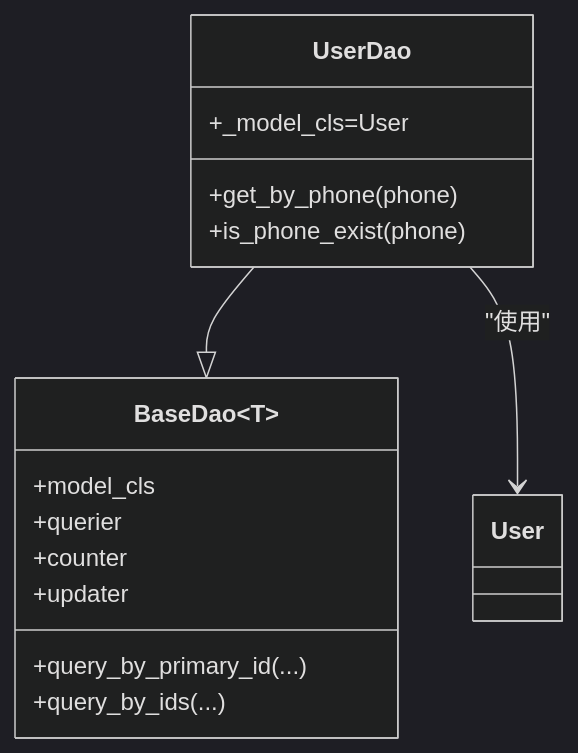
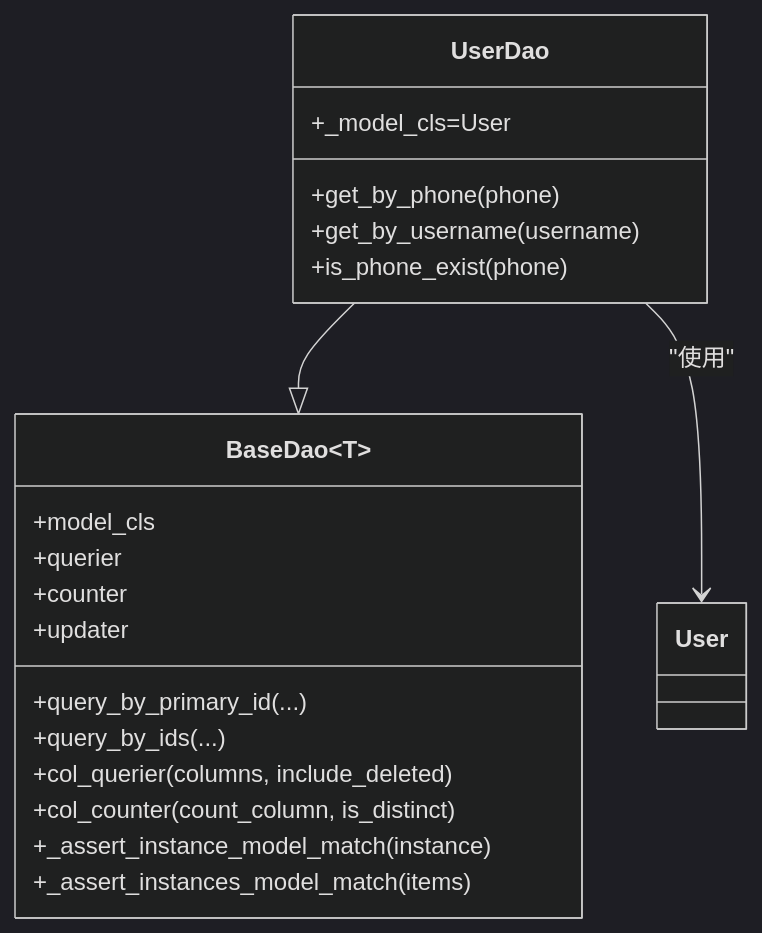
One commit to lilinzezzzzzz/fastapi-backend changed the third of 10 diagrams in .qoder/repowiki/zh/content/数据访问层/数据访问层.md. Above: the diagram before and after it, drawn with Mermaid (dark theme). The commit also changed other lines of this file and 42 other files, not shown here.

````diff
--- a/.qoder/repowiki/zh/content/数据访问层/数据访问层.md
+++ b/.qoder/repowiki/zh/content/数据访问层/数据访问层.md
@@ -154,19 +173,24 @@
 ```mermaid
 classDiagram
 class BaseDao~T~ {
 +model_cls
 +querier
 +counter
 +updater
 +query_by_primary_id(...)
 +query_by_ids(...)
++col_querier(columns, include_deleted)
++col_counter(count_column, is_distinct)
++_assert_instance_model_match(instance)
++_assert_instances_model_match(items)
 }
 class UserDao {
 +_model_cls=User
 +get_by_phone(phone)
++get_by_username(username)
 +is_phone_exist(phone)
 }
 class User
 UserDao --|> BaseDao
 UserDao --> User : "使用"
 ```
````
